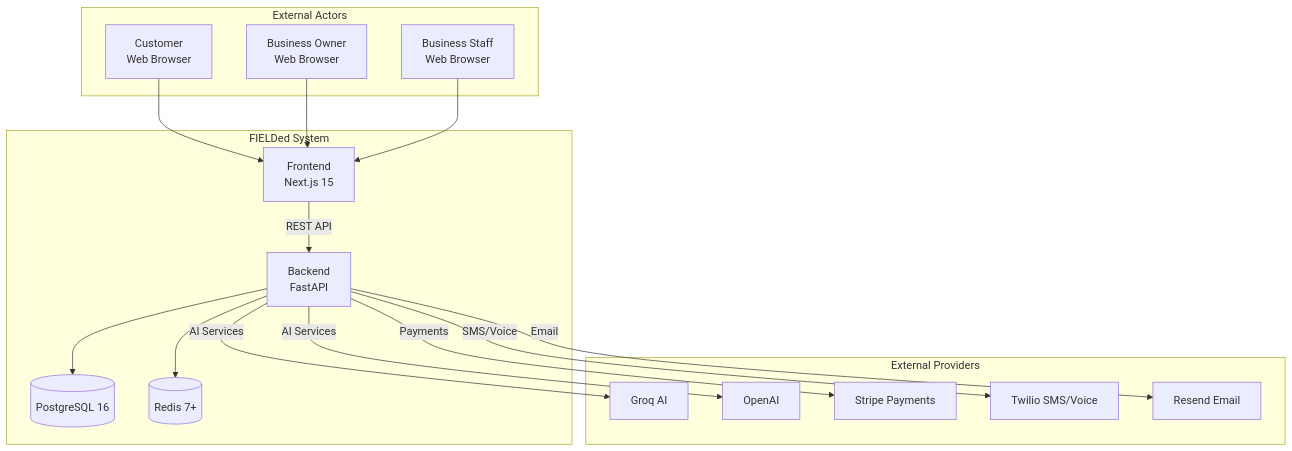
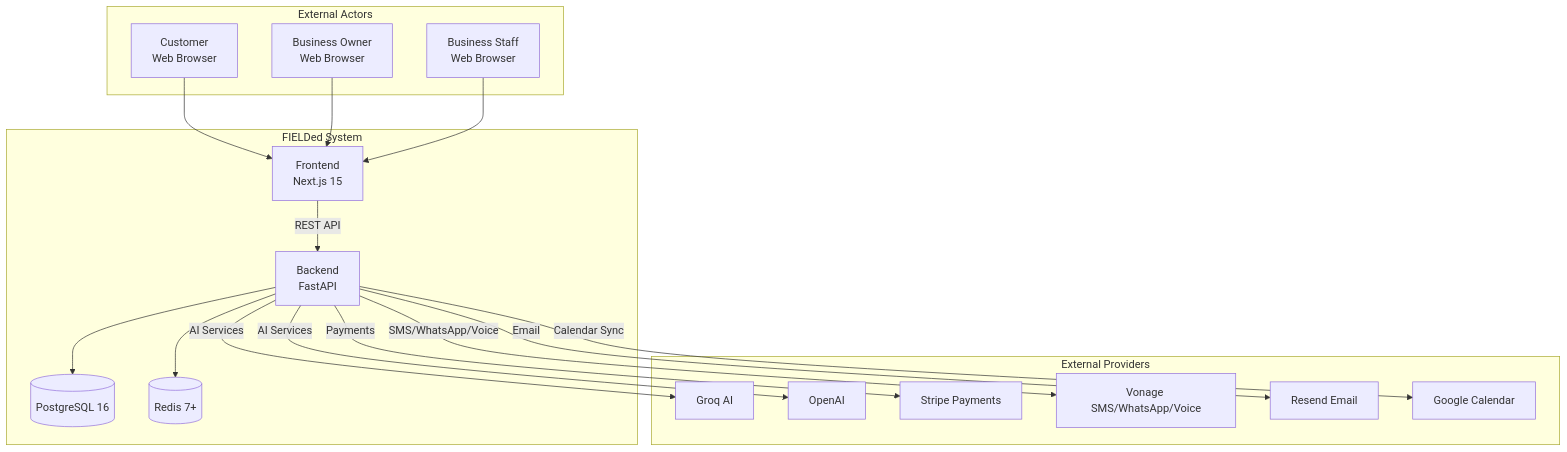
Before and after one commit to infamous-rebel/FIELDed.online: the first of 18 diagrams in docs/fielded/ARCHITECTURE-DIAGRAMS.md, drawn with Mermaid. The commit also changed other lines of this file and 18 other files, not shown here.

Commit message:
docs: update production architecture and verification

````diff
--- a/docs/fielded/ARCHITECTURE-DIAGRAMS.md
+++ b/docs/fielded/ARCHITECTURE-DIAGRAMS.md
@@ -10,37 +10,39 @@
 ```mermaid
 graph TB
     subgraph "External Actors"
         Customer[Customer<br/>Web Browser]
         BusinessOwner[Business Owner<br/>Web Browser]
         BusinessStaff[Business Staff<br/>Web Browser]
     end
     
     subgraph "FIELDed System"
         Frontend[Frontend<br/>Next.js 15]
         Backend[Backend<br/>FastAPI]
         Database[(PostgreSQL 16)]
         Redis[(Redis 7+)]
     end
     
     subgraph "External Providers"
         Groq[Groq AI]
         OpenAI[OpenAI]
         Stripe[Stripe Payments]
-        Twilio[Twilio SMS/Voice]
+        Vonage[Vonage SMS/WhatsApp/Voice]
         Resend[Resend Email]
+        GoogleCal[Google Calendar]
     end
     
     Customer --> Frontend
     BusinessOwner --> Frontend
     BusinessStaff --> Frontend
     
     Frontend -->|REST API| Backend
     Backend --> Database
     Backend --> Redis
     
     Backend -->|AI Services| Groq
     Backend -->|AI Services| OpenAI
     Backend -->|Payments| Stripe
-    Backend -->|SMS/Voice| Twilio
+    Backend -->|SMS/WhatsApp/Voice| Vonage
     Backend -->|Email| Resend
+    Backend -->|Calendar Sync| GoogleCal
 ```
````
